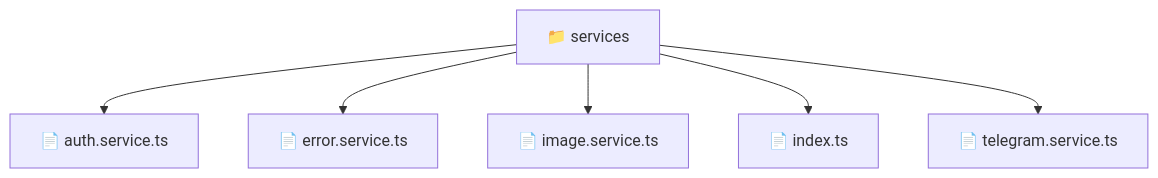
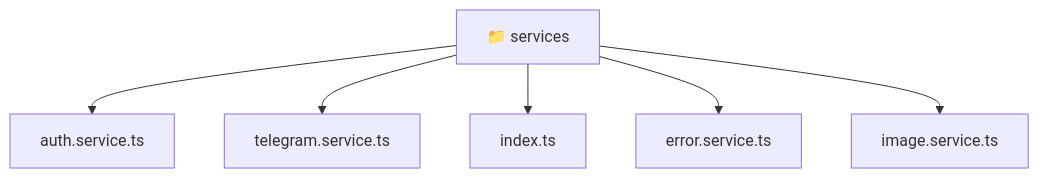
The diagram in frontend/src/shared/services/README.md (beginwebdev2002/fullstack-mavluda), drawn with Mermaid before and after one commit. The commit also changed other lines of this file and 167 other files, not shown here.

````diff
--- a/frontend/src/shared/services/README.md
+++ b/frontend/src/shared/services/README.md
@@ -11,9 +11,14 @@
 ```mermaid
 graph TD
-  Root["📁 services"]
-  Root --> auth_service_ts["📄 auth.service.ts"]
-  Root --> error_service_ts["📄 error.service.ts"]
-  Root --> image_service_ts["📄 image.service.ts"]
-  Root --> index_ts["📄 index.ts"]
-  Root --> telegram_service_ts["📄 telegram.service.ts"]
+  Root_services["📁 services"]
+  f_auth_service_ts["auth.service.ts"]
+  Root_services --> f_auth_service_ts
+  f_telegram_service_ts["telegram.service.ts"]
+  Root_services --> f_telegram_service_ts
+  f_index_ts["index.ts"]
+  Root_services --> f_index_ts
+  f_error_service_ts["error.service.ts"]
+  Root_services --> f_error_service_ts
+  f_image_service_ts["image.service.ts"]
+  Root_services --> f_image_service_ts
 ```
````
